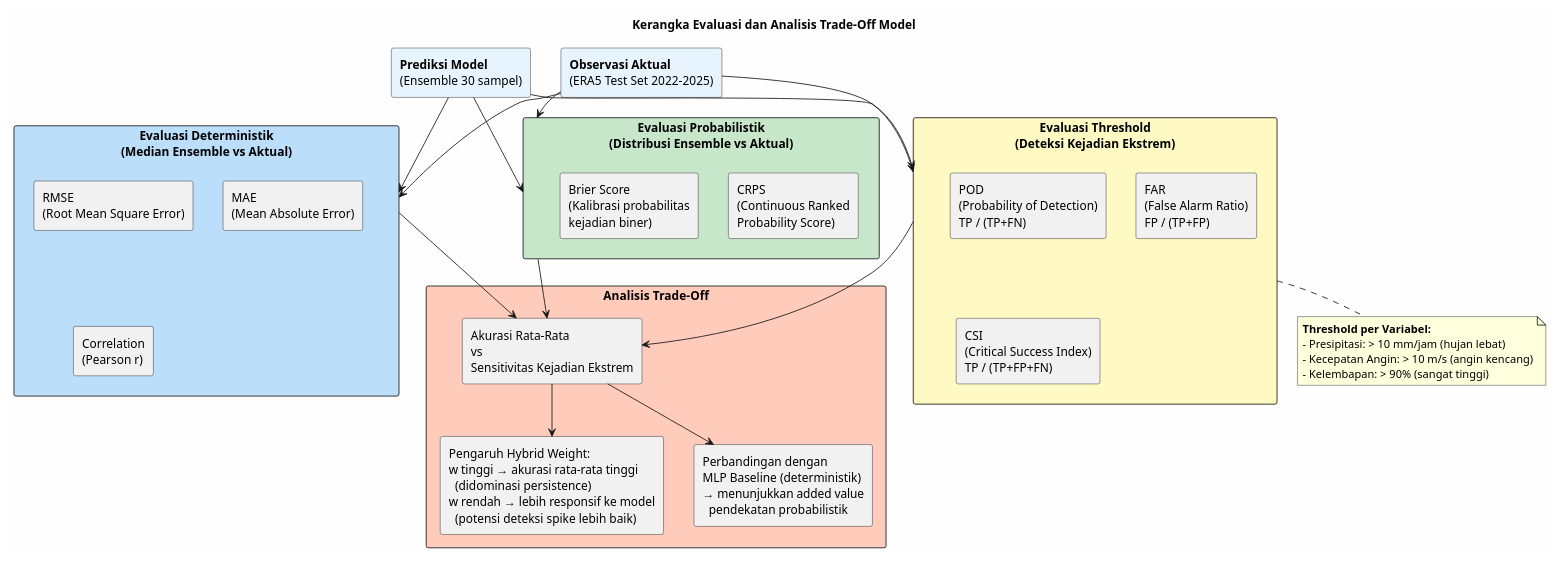
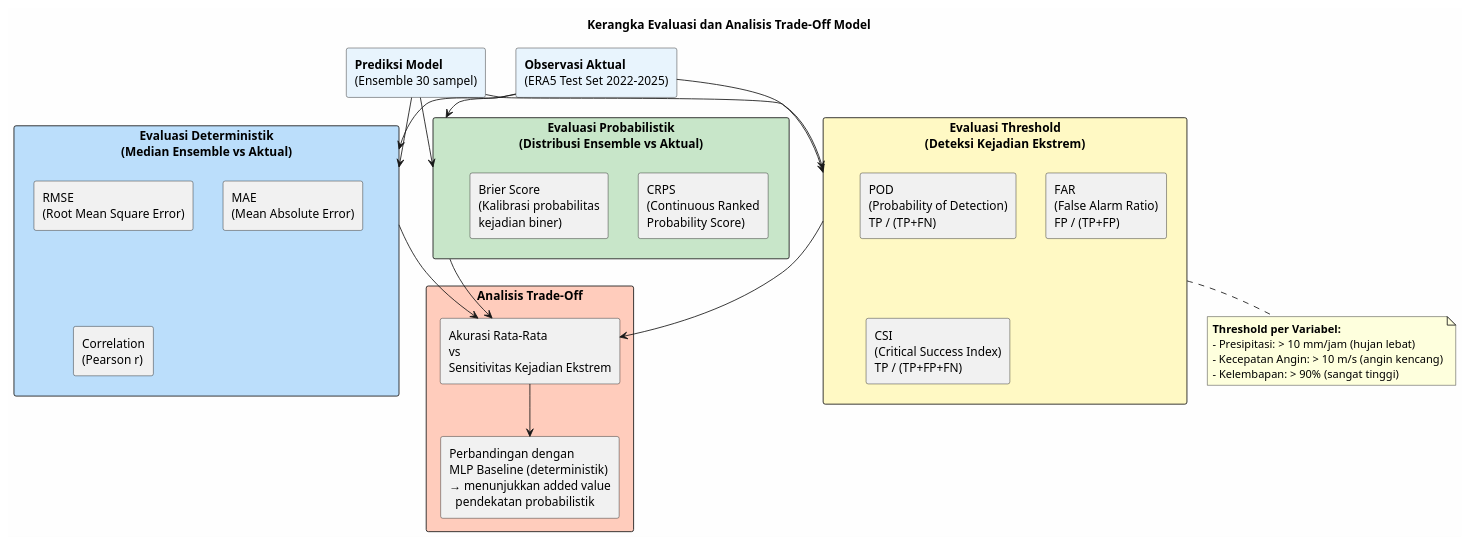
Before and after one commit to Vanszs/Skripsi_Badai: the eighth of 8 diagrams in docs/diagrams_and_tables.md, drawn with PlantUML. The commit also changed other lines of this file and 82 other files, not shown here.

````diff
--- a/docs/diagrams_and_tables.md
+++ b/docs/diagrams_and_tables.md
@@ -434,57 +425,55 @@
 ```plantuml
 @startuml
 skinparam backgroundColor #FEFEFE
 skinparam shadowing false
 skinparam defaultFontName Arial
 
 title Kerangka Evaluasi dan Analisis Trade-Off Model
 
 rectangle "**Prediksi Model**\n(Ensemble 30 sampel)" as PRED #E8F4FD
 
 rectangle "**Observasi Aktual**\n(ERA5 Test Set 2022–2025)" as OBS #E8F4FD
 
 rectangle "**Evaluasi Deterministik**\n(Median Ensemble vs Aktual)" as DET #BBDEFB {
   rectangle "RMSE\n(Root Mean Square Error)" as RMSE
   rectangle "MAE\n(Mean Absolute Error)" as MAE
   rectangle "Correlation\n(Pearson r)" as CORR
 }
 
 rectangle "**Evaluasi Probabilistik**\n(Distribusi Ensemble vs Aktual)" as PROB #C8E6C9 {
   rectangle "CRPS\n(Continuous Ranked\nProbability Score)" as CRPS
   rectangle "Brier Score\n(Kalibrasi probabilitas\nkejadian biner)" as BRIER
 }
 
 rectangle "**Evaluasi Threshold**\n(Deteksi Kejadian Ekstrem)" as THRESH #FFF9C4 {
   rectangle "POD\n(Probability of Detection)\nTP / (TP+FN)" as POD
   rectangle "FAR\n(False Alarm Ratio)\nFP / (TP+FP)" as FAR
   rectangle "CSI\n(Critical Success Index)\nTP / (TP+FP+FN)" as CSI
 }
 
 PRED --> DET
 PRED --> PROB
 PRED --> THRESH
 OBS --> DET
 OBS --> PROB
 OBS --> THRESH
 
 rectangle "**Analisis Trade-Off**" as TRADE #FFCCBC {
   rectangle "Akurasi Rata-Rata\nvs\nSensitivitas Kejadian Ekstrem" as TRADEOFF
-  rectangle "Pengaruh Hybrid Weight:\nw tinggi → akurasi rata-rata tinggi\n  (didominasi persistence)\nw rendah → lebih responsif ke model\n  (potensi deteksi spike lebih baik)" as HW
   rectangle "Perbandingan dengan\nMLP Baseline (deterministik)\n→ menunjukkan added value\n  pendekatan probabilistik" as BASELINE
 }
 
 DET --> TRADEOFF
 PROB --> TRADEOFF
 THRESH --> TRADEOFF
-TRADEOFF --> HW
 TRADEOFF --> BASELINE
 
 note bottom of THRESH
   **Threshold per Variabel:**
   - Presipitasi: > 10 mm/jam (hujan lebat)
   - Kecepatan Angin: > 10 m/s (angin kencang)
   - Kelembapan: > 90% (sangat tinggi)
 end note
 
 @enduml
 ```
````
